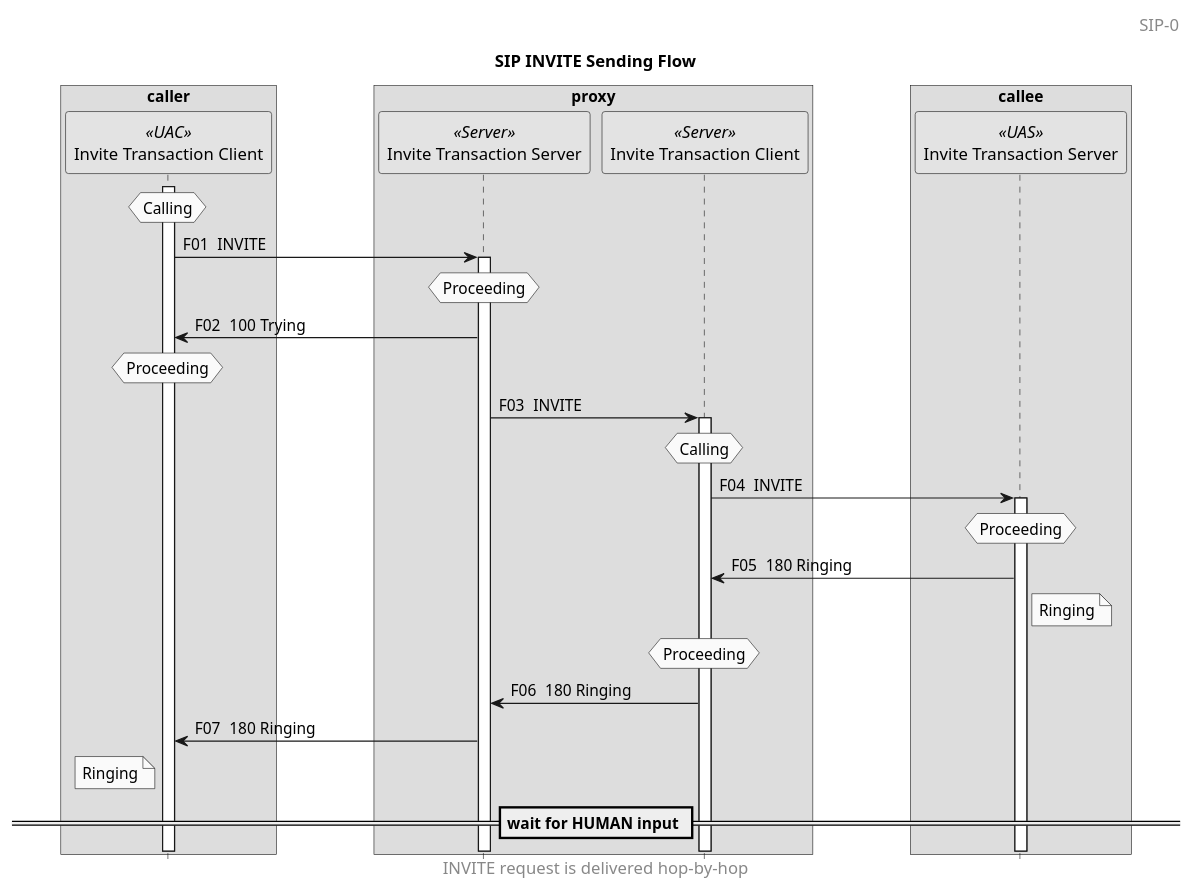
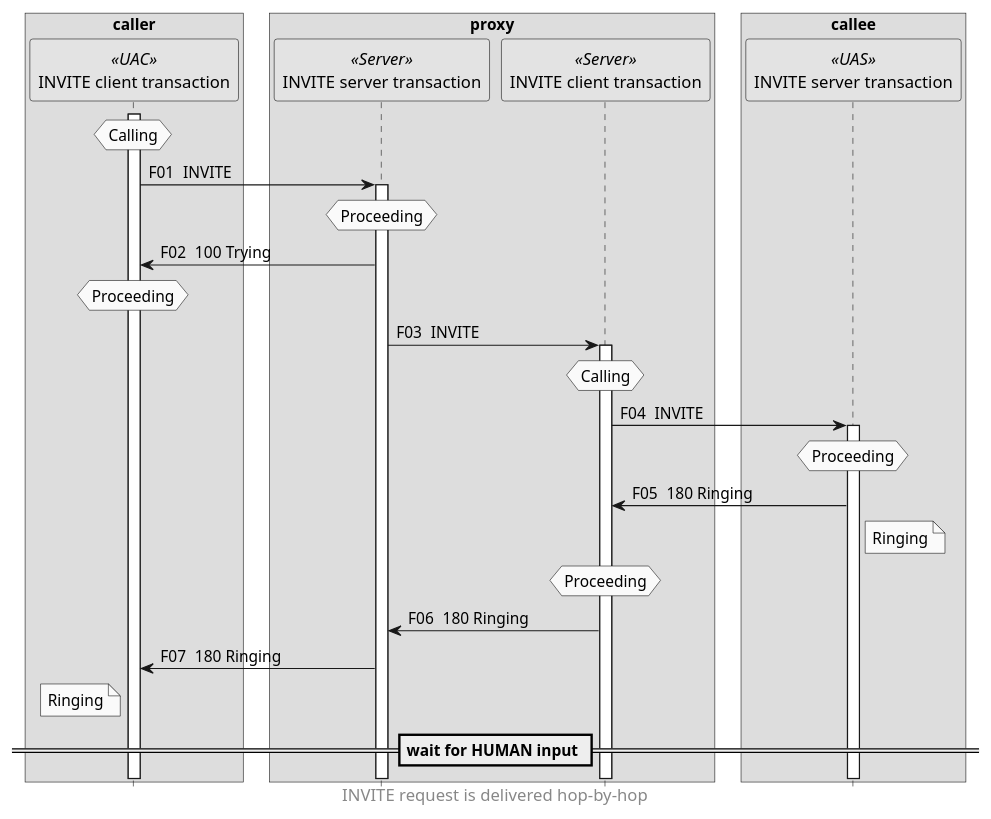
The diagram in sip/SIP-01-INVITE-Sending/sip_end_to_end_invite_sending.puml (gongpengjun/code_diagrams), drawn with PlantUML before and after one commit. The commit also changed 7 other files, not shown here.

```diff
--- a/sip/SIP-01-INVITE-Sending/sip_end_to_end_invite_sending.puml
+++ b/sip/SIP-01-INVITE-Sending/sip_end_to_end_invite_sending.puml
@@ -1,53 +1,52 @@
 @startuml
-title SIP INVITE Sending Flow
+'title SIP INVITE Sending Flow
 
 skinparam monochrome true
 autonumber "F00 "
 hide footbox
-skinparam BoxPadding 40
+skinparam BoxPadding 10
 
-skinparam headerFontSize 14
+'skinparam headerFontSize 14
 'skinparam headerFontColor red
-header SIP-0
+'header SIP-0
 
 box "caller"
-participant "Invite Transaction Client" as UAC_ITC << UAC >>
+participant "INVITE client transaction" as UAC_ITC << UAC >>
 end box
 
 box "proxy"
-participant "Invite Transaction Server" as Proxy_ITS << Server >>
-participant "Invite Transaction Client" as Proxy_ITC << Server >>
+participant "INVITE server transaction" as Proxy_ITS << Server >>
+participant "INVITE client transaction" as Proxy_ITC << Server >>
 end box
 
 box "callee"
-participant "Invite Transaction Server" as UAS_ITS << UAS >>
+participant "INVITE server transaction" as UAS_ITS << UAS >>
 end box
 
 'hnote over UAC_ITC: None
 activate UAC_ITC
 hnote over UAC_ITC: Calling
 UAC_ITC -> Proxy_ITS: INVITE
 activate Proxy_ITS
 hnote over Proxy_ITS: Proceeding
 UAC_ITC <- Proxy_ITS: 100 Trying
 hnote over UAC_ITC: Proceeding
 'hnote over Proxy_ITC: None
 Proxy_ITS -> Proxy_ITC: INVITE
 activate Proxy_ITC
 hnote over Proxy_ITC: Calling
 Proxy_ITC -> UAS_ITS: INVITE
 activate UAS_ITS
 hnote over UAS_ITS: Proceeding
 Proxy_ITC <- UAS_ITS: 180 Ringing
 note right of UAS_ITS: Ringing
 hnote over Proxy_ITC: Proceeding
 Proxy_ITS <- Proxy_ITC: 180 Ringing
 UAC_ITC <- Proxy_ITS: 180 Ringing
 note left of UAC_ITC: Ringing
 == wait for HUMAN input ==
 
 skinparam footerFontSize 14
-'skinparam footerFontColor red
 footer INVITE request is delivered hop-by-hop
 
 @enduml
```
